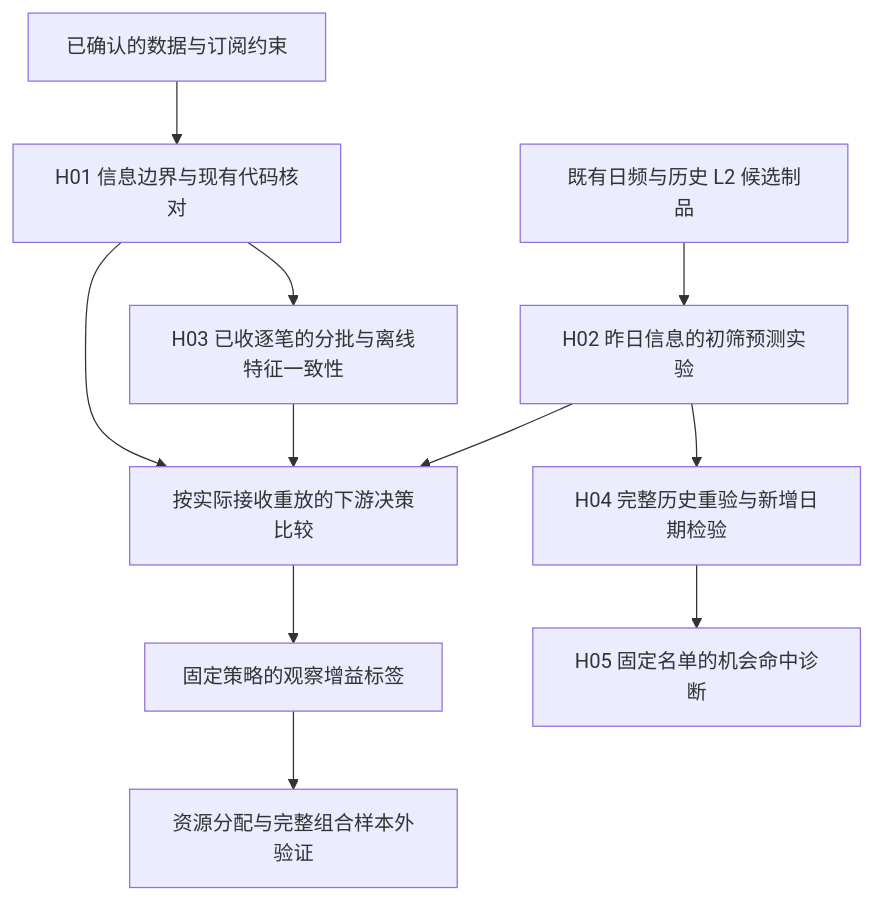
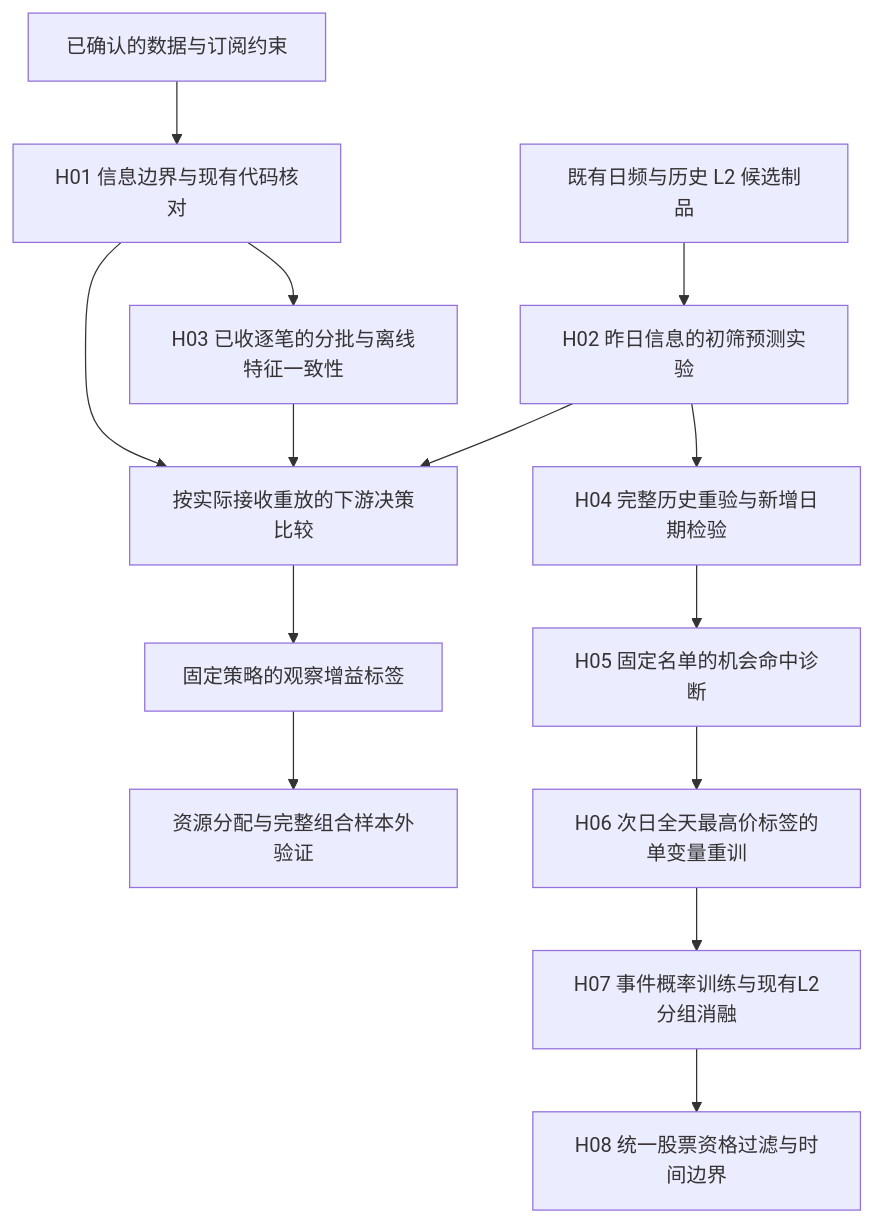
The diagram in research/subscription-training/README.md (UlricWu/trading), drawn with Mermaid before and after one commit. The commit also changed other lines of this file and 10 other files, not shown here.

````diff
--- a/research/subscription-training/README.md
+++ b/research/subscription-training/README.md
@@ -28,13 +21,16 @@
 ```mermaid
 flowchart TD
     A[已确认的数据与订阅约束] --> B[H01 信息边界与现有代码核对]
     C[既有日频与历史 L2 候选制品] --> D[H02 昨日信息的初筛预测实验]
     B --> E[按实际接收重放的下游决策比较]
     B --> H[H03 已收逐笔的分批与离线特征一致性]
     H --> E
     D --> E
     D --> I[H04 完整历史重验与新增日期检验]
     I --> J[H05 固定名单的机会命中诊断]
+    J --> K[H06 次日全天最高价标签的单变量重训]
+    K --> L[H07 事件概率训练与现有L2分组消融]
+    L --> M[H08 统一股票资格过滤与时间边界]
     E --> F[固定策略的观察增益标签]
     F --> G[资源分配与完整组合样本外验证]
 ```
````
